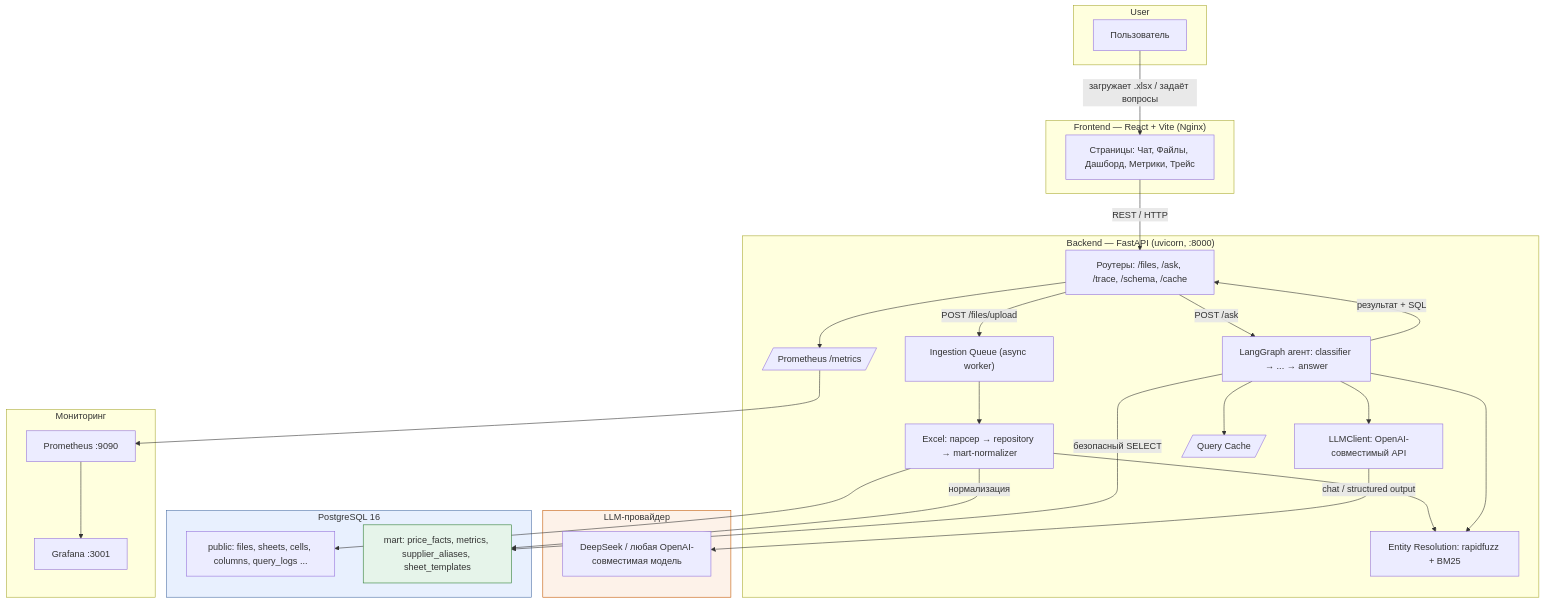
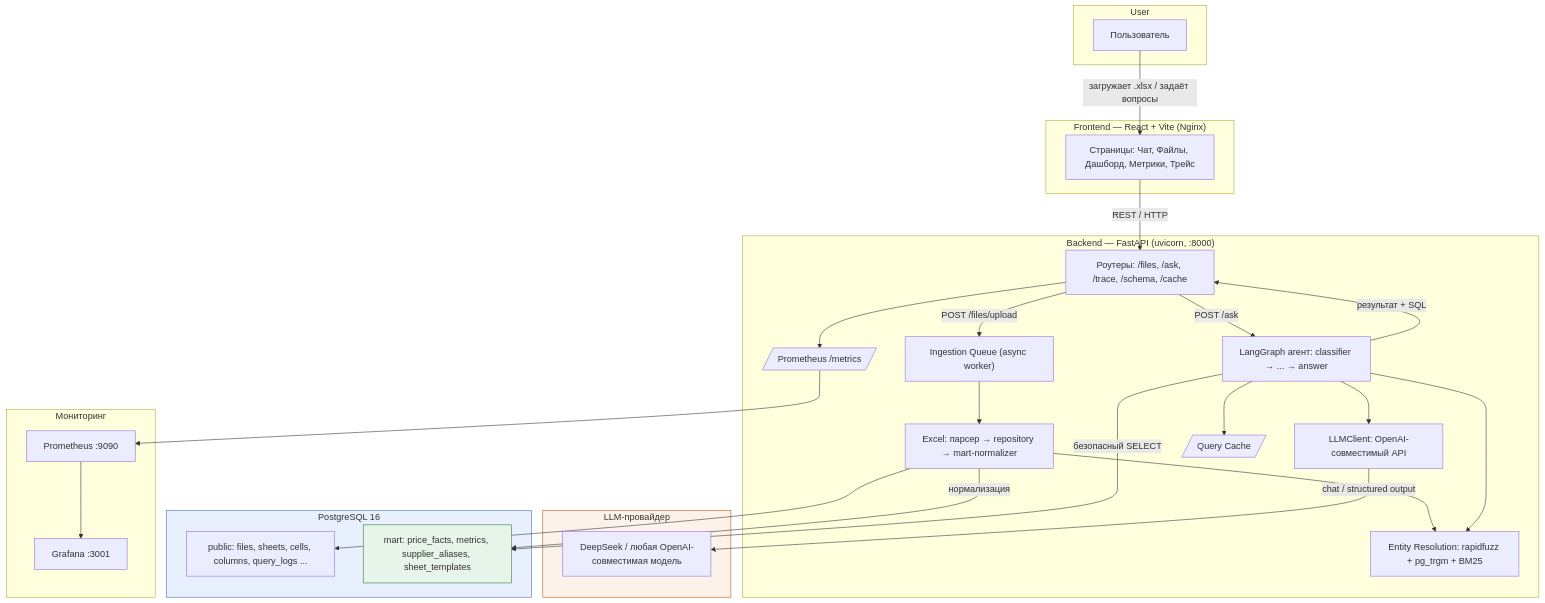
The first of 6 diagrams in README.md (kostIT13/EVRAZ_ExcelAgent), drawn with Mermaid before and after one commit. The commit also changed other lines of this file and 66 other files, not shown here.

````diff
--- a/README.md
+++ b/README.md
@@ -63,60 +78,60 @@
 ```mermaid
 flowchart TD
     subgraph User
         U[Пользователь]
     end
 
     subgraph Frontend ["Frontend — React + Vite (Nginx)"]
         UI[Страницы: Чат, Файлы, Дашборд, Метрики, Трейс]
     end
 
     subgraph Backend ["Backend — FastAPI (uvicorn, :8000)"]
         API[Роутеры: /files, /ask, /trace, /schema, /cache]
         ING[Excel: парсер → repository → mart-normalizer]
         QUEUE["Ingestion Queue (async worker)"]
         AGENT[LangGraph агент: classifier → ... → answer]
-        ENT[Entity Resolution: rapidfuzz + BM25]
+        ENT[Entity Resolution: rapidfuzz + pg_trgm + BM25]
         LLM_CLI[LLMClient: OpenAI-совместимый API]
         CACHE[/Query Cache/]
         METRICS[/Prometheus /metrics/]
     end
 
     subgraph LLM ["LLM-провайдер"]
         MODEL[DeepSeek / любая OpenAI-совместимая модель]
     end
 
     subgraph DB ["PostgreSQL 16"]
         PUBLIC["public: files, sheets, cells, columns, query_logs ..."]
         MART["mart: price_facts, metrics, supplier_aliases, sheet_templates"]
     end
 
     subgraph Ops ["Мониторинг"]
         PROM[Prometheus :9090]
         GRAF[Grafana :3001]
     end
 
     U -->|загружает .xlsx / задаёт вопросы| UI
     UI -->|REST / HTTP| API
 
     API -->|POST /files/upload| QUEUE
     QUEUE --> ING
     ING --> PUBLIC
     ING -->|нормализация| MART
     ING --> ENT
 
     API -->|POST /ask| AGENT
     AGENT --> LLM_CLI
     LLM_CLI -->|chat / structured output| MODEL
     AGENT -->|безопасный SELECT| MART
     AGENT --> CACHE
     AGENT --> ENT
     AGENT -->|результат + SQL| API
 
     METRICS --> PROM
     PROM --> GRAF
     API --> METRICS
 
     style DB fill:#e8f0fe,stroke:#4a6fa5
     style MART fill:#e6f4ea,stroke:#2e7d32
     style LLM fill:#fdf2e9,stroke:#c45800
 ```
````
